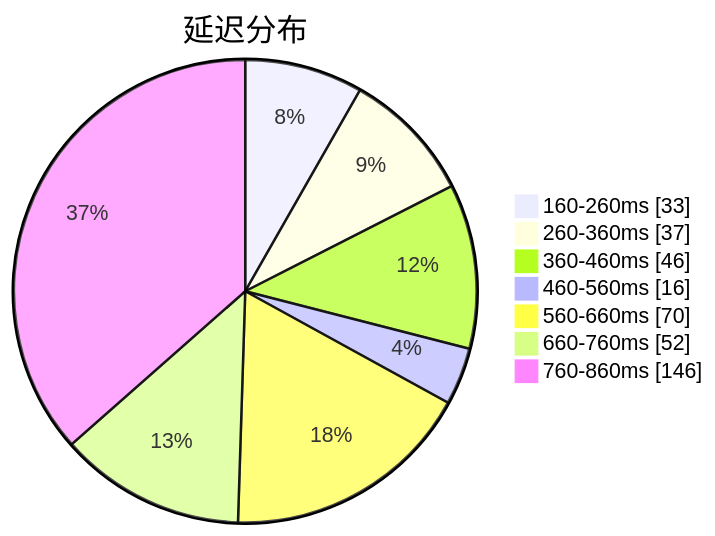
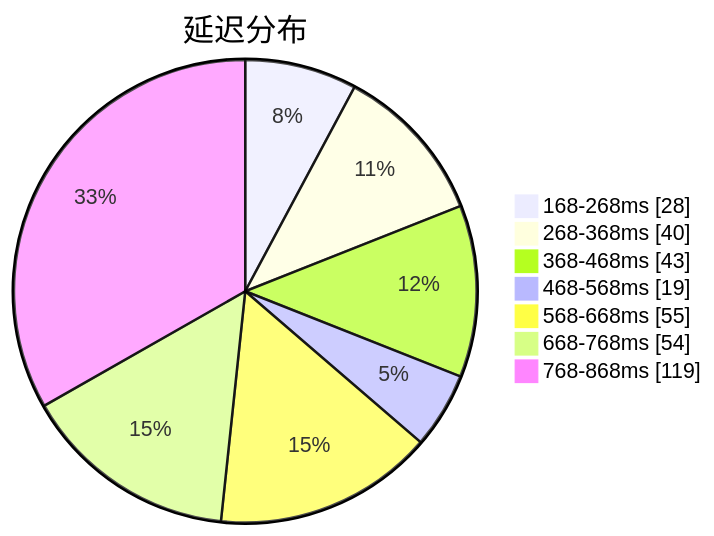
The first of 3 diagrams in subs/statistics/tested_within.md (qjlxg/airport), drawn with Mermaid before and after one commit. The commit also changed other lines of this file and 2 other files, not shown here.

Commit message:
Tested by metaST

````diff
--- a/subs/statistics/tested_within.md
+++ b/subs/statistics/tested_within.md
@@ -2,11 +2,11 @@
 ```mermaid
 pie showData
 title 延迟分布
-"160-260ms" : 33
-"260-360ms" : 37
-"360-460ms" : 46
-"460-560ms" : 16
-"560-660ms" : 70
-"660-760ms" : 52
-"760-860ms" : 146
+"168-268ms" : 28
+"268-368ms" : 40
+"368-468ms" : 43
+"468-568ms" : 19
+"568-668ms" : 55
+"668-768ms" : 54
+"768-868ms" : 119
 ```
````
